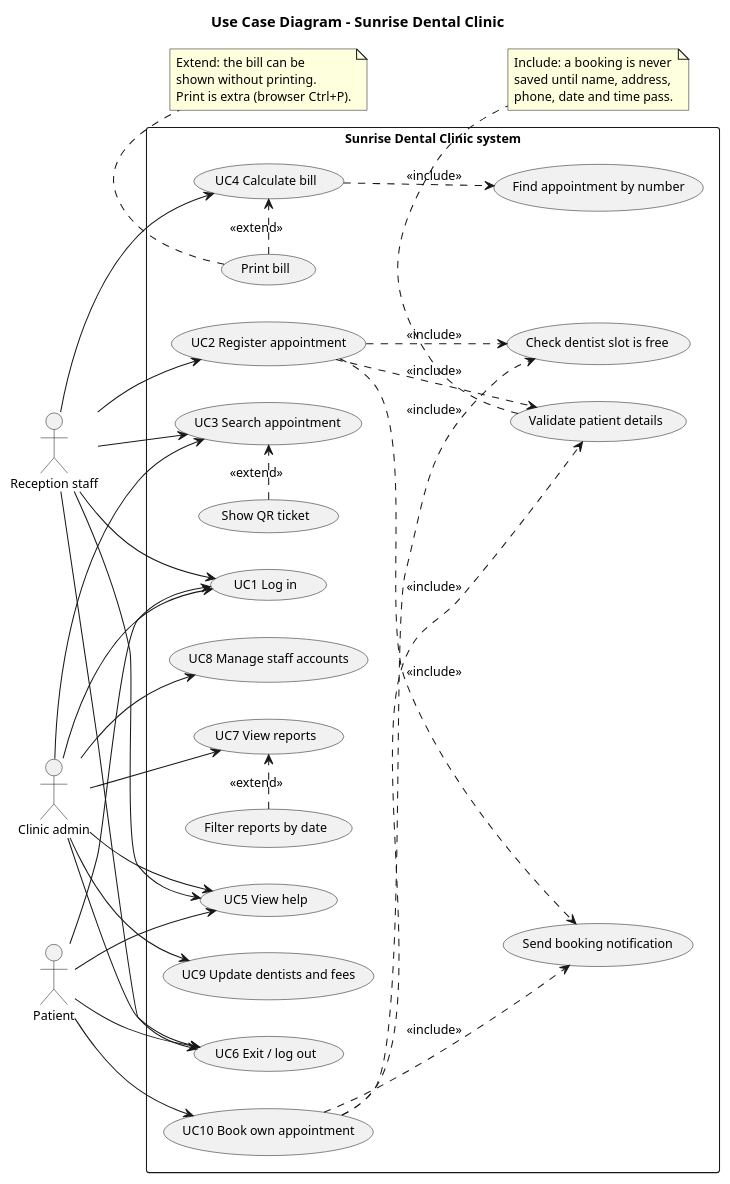
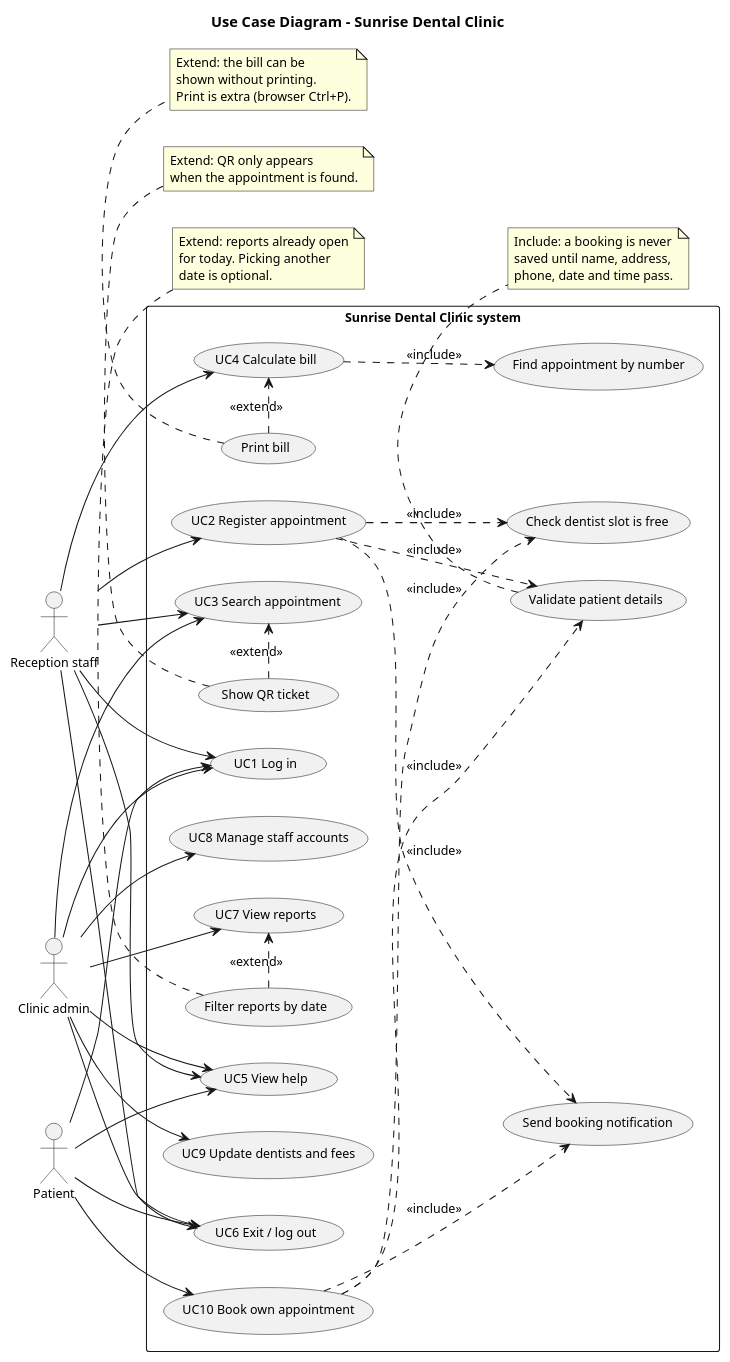
Before and after one commit to Dayansank/sunrise-clinic: the diagram in docs/uml/01-use-case.puml, drawn with PlantUML. The commit also changed 43 other files, not shown here.

```diff
--- a/docs/uml/01-use-case.puml
+++ b/docs/uml/01-use-case.puml
@@ -1,79 +1,90 @@
 @startuml Sunrise_Use_Case
 title Use Case Diagram - Sunrise Dental Clinic
 
 left to right direction
 skinparam shadowing false
 skinparam defaultFontName Arial
 skinparam defaultFontSize 12
 
 actor "Reception staff" as Rec
 actor "Clinic admin" as Adm
 actor "Patient" as Pat
 
 rectangle "Sunrise Dental Clinic system" {
   usecase "UC1 Log in" as UC1
   usecase "UC2 Register appointment" as UC2
   usecase "UC3 Search appointment" as UC3
   usecase "UC4 Calculate bill" as UC4
   usecase "UC5 View help" as UC5
   usecase "UC6 Exit / log out" as UC6
   usecase "UC7 View reports" as UC7
   usecase "UC8 Manage staff accounts" as UC8
   usecase "UC9 Update dentists and fees" as UC9
   usecase "UC10 Book own appointment" as UC10
   usecase "Validate patient details" as V
   usecase "Check dentist slot is free" as S
   usecase "Find appointment by number" as F
   usecase "Print bill" as P
   usecase "Show QR ticket" as Q
   usecase "Send booking notification" as N
   usecase "Filter reports by date" as D
 }
 
 Rec --> UC1
 Rec --> UC2
 Rec --> UC3
 Rec --> UC4
 Rec --> UC5
 Rec --> UC6
 
 Adm --> UC1
 Adm --> UC3
 Adm --> UC5
 Adm --> UC6
 Adm --> UC7
 Adm --> UC8
 Adm --> UC9
 
 Pat --> UC1
 Pat --> UC5
 Pat --> UC6
 Pat --> UC10
 
 ' INCLUDE = always part of the base use case
 UC2 ..> V : <<include>>
 UC2 ..> S : <<include>>
 UC10 ..> V : <<include>>
 UC10 ..> S : <<include>>
 UC4 ..> F : <<include>>
 UC2 ..> N : <<include>>
 UC10 ..> N : <<include>>
 
 ' EXTEND = optional or only in some cases
 P .> UC4 : <<extend>>
 Q .> UC3 : <<extend>>
 D .> UC7 : <<extend>>
 
 note bottom of V
   Include: a booking is never
   saved until name, address,
   phone, date and time pass.
 end note
 
 note bottom of P
   Extend: the bill can be
   shown without printing.
   Print is extra (browser Ctrl+P).
 end note
 
+note bottom of Q
+  Extend: QR only appears
+  when the appointment is found.
+end note
+
+note bottom of D
+  Extend: reports already open
+  for today. Picking another
+  date is optional.
+end note
+
 @enduml
```
